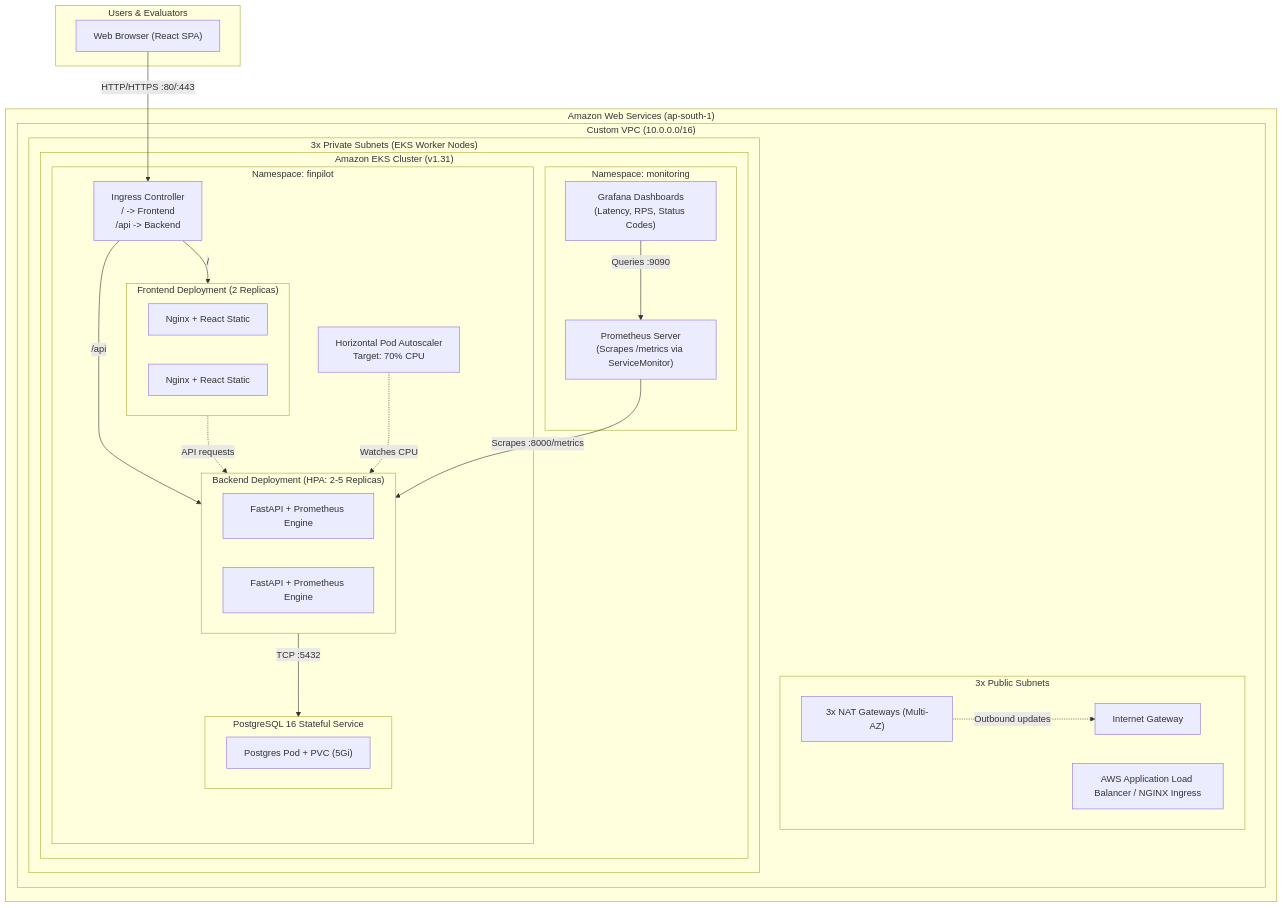
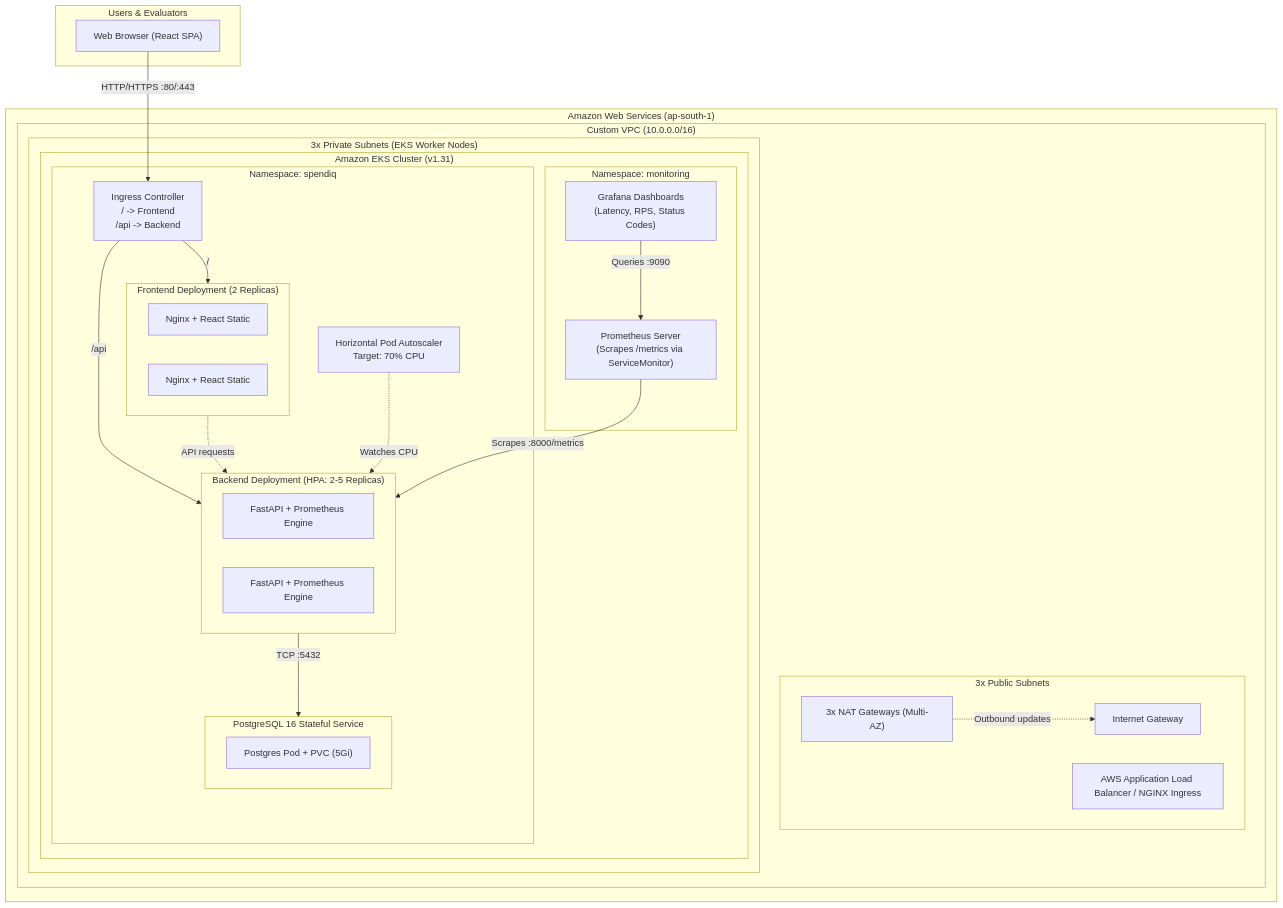
One commit to Posiedon207/SpendIQ changed the diagram in README.md. Above: the diagram before and after it, drawn with Mermaid. The commit also changed other lines of this file and 51 other files, not shown here.

````diff
--- a/README.md
+++ b/README.md
@@ -16,55 +16,55 @@
 ```mermaid
 flowchart TD
     subgraph Client["Users & Evaluators"]
         Browser["Web Browser (React SPA)"]
     end
 
     subgraph AWS["Amazon Web Services (ap-south-1)"]
         subgraph VPC["Custom VPC (10.0.0.0/16)"]
             subgraph PublicSubnets["3x Public Subnets"]
                 IGW["Internet Gateway"]
                 ALB["AWS Application Load Balancer / NGINX Ingress"]
                 NAT["3x NAT Gateways (Multi-AZ)"]
             end
 
             subgraph PrivateSubnets["3x Private Subnets (EKS Worker Nodes)"]
                 subgraph EKS["Amazon EKS Cluster (v1.31)"]
-                    subgraph K8sNamespace["Namespace: finpilot"]
+                    subgraph K8sNamespace["Namespace: spendiq"]
                         Ingress["Ingress Controller\n/ -> Frontend\n/api -> Backend"]
                         
                         subgraph FrontendPods["Frontend Deployment (2 Replicas)"]
                             FE1["Nginx + React Static"]
                             FE2["Nginx + React Static"]
                         end
 
                         subgraph BackendPods["Backend Deployment (HPA: 2-5 Replicas)"]
                             BE1["FastAPI + Prometheus Engine"]
                             BE2["FastAPI + Prometheus Engine"]
                         end
 
                         subgraph DB["PostgreSQL 16 Stateful Service"]
                             PG["Postgres Pod + PVC (5Gi)"]
                         end
 
                         HPA["Horizontal Pod Autoscaler\nTarget: 70% CPU"]
                     end
 
                     subgraph MonitoringNamespace["Namespace: monitoring"]
                         Prometheus["Prometheus Server\n(Scrapes /metrics via ServiceMonitor)"]
                         Grafana["Grafana Dashboards\n(Latency, RPS, Status Codes)"]
                     end
                 end
             end
         end
     end
 
     Browser -->|HTTP/HTTPS :80/:443| Ingress
     Ingress -->|/| FrontendPods
     Ingress -->|/api| BackendPods
     FrontendPods -.->|API requests| BackendPods
     BackendPods -->|TCP :5432| DB
     HPA -.->|Watches CPU| BackendPods
     Prometheus -->|Scrapes :8000/metrics| BackendPods
     Grafana -->|Queries :9090| Prometheus
     NAT -.->|Outbound updates| IGW
 ```
````
